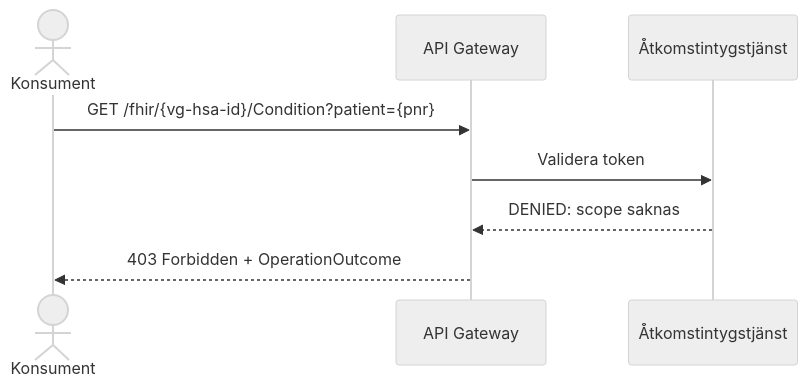
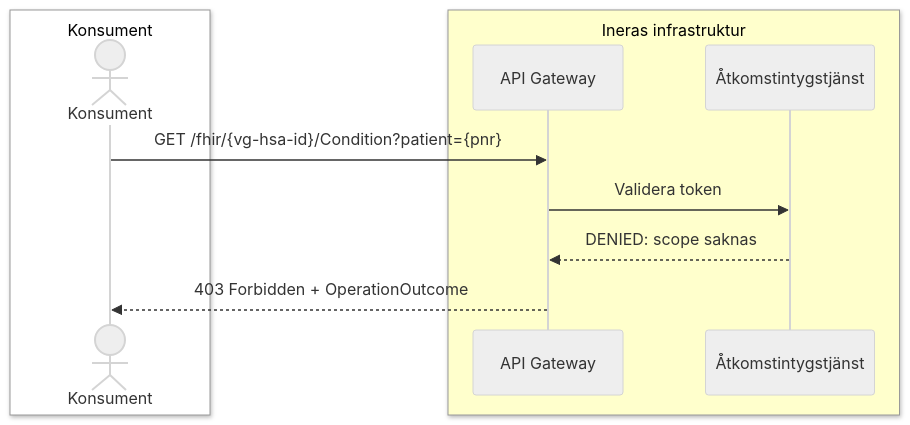
Before and after one commit to oskthu2/inera: the third of 9 diagrams in T2/EHDS-brygga/losningsarkitektur-mvp-ehds.md, drawn with Mermaid (neutral theme). The commit also changed other lines of this file, not shown here.

First line of the commit message:
Lägg till färgade boxar i alla Mermaid-diagram

````diff
--- a/T2/EHDS-brygga/losningsarkitektur-mvp-ehds.md
+++ b/T2/EHDS-brygga/losningsarkitektur-mvp-ehds.md
@@ -167,12 +171,16 @@
 ```mermaid
 sequenceDiagram
-    actor K as Konsument
-    participant GW as API Gateway
-    participant AT as Åtkomstintygstjänst
+    box rgb(255,255,255) Konsument
+        actor K as Konsument
+    end
+    box rgb(255,255,204) Ineras infrastruktur
+        participant GW as API Gateway
+        participant AT as Åtkomstintygstjänst
+    end
 
     K->>GW: GET /fhir/{vg-hsa-id}/Condition?patient={pnr}
     GW->>AT: Validera token
     AT-->>GW: DENIED: scope saknas
 
     GW-->>K: 403 Forbidden + OperationOutcome
 ```
````
